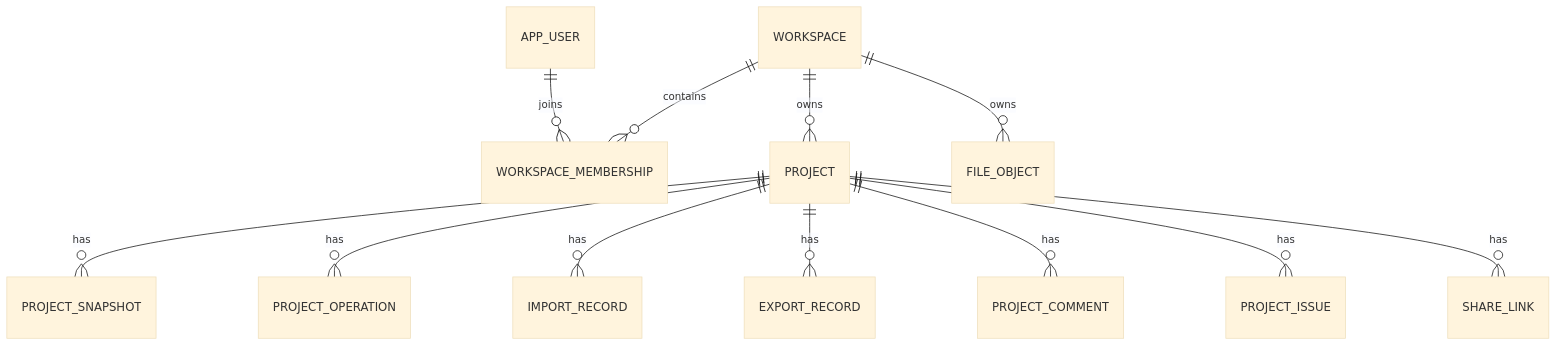
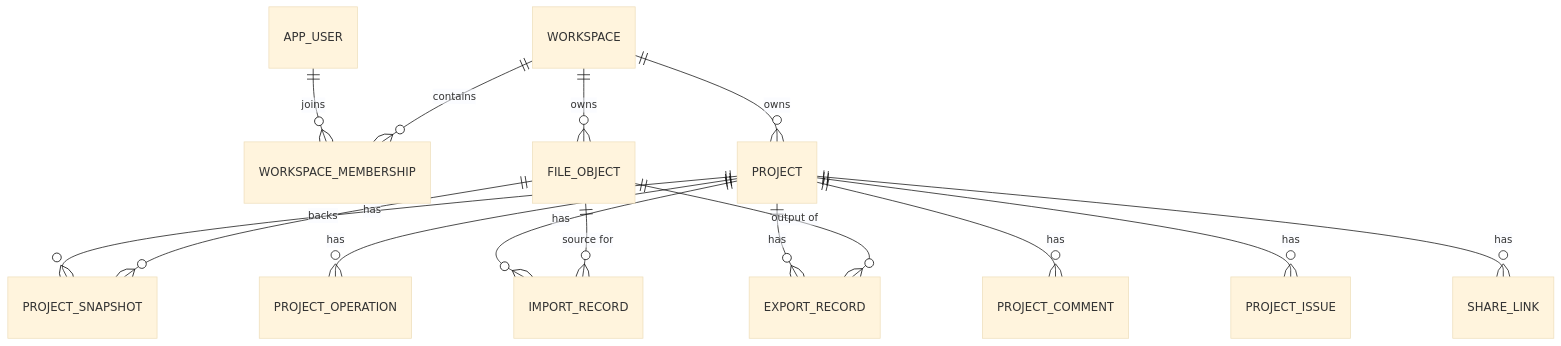
Before and after one commit to ruddvz/Arq: the diagram in database/ERD.md, drawn with Mermaid (base theme). The commit also changed 2 other files, not shown here.

First paragraph of the commit message:
ARQ-178/179/180: cross-check OpenAPI, DB schema, and TS contracts
Reviewed api/openapi.yaml, database/schema.sql, database/ERD.md, and
contracts/*.ts against each other rather than approving them as-is,
and fixed the real inconsistencies found:

````diff
--- a/database/ERD.md
+++ b/database/ERD.md
@@ -3,14 +3,17 @@
 ```mermaid
 erDiagram
  APP_USER ||--o{ WORKSPACE_MEMBERSHIP : joins
  WORKSPACE ||--o{ WORKSPACE_MEMBERSHIP : contains
  WORKSPACE ||--o{ PROJECT : owns
  PROJECT ||--o{ PROJECT_SNAPSHOT : has
  PROJECT ||--o{ PROJECT_OPERATION : has
  PROJECT ||--o{ IMPORT_RECORD : has
  PROJECT ||--o{ EXPORT_RECORD : has
  PROJECT ||--o{ PROJECT_COMMENT : has
  PROJECT ||--o{ PROJECT_ISSUE : has
  PROJECT ||--o{ SHARE_LINK : has
  WORKSPACE ||--o{ FILE_OBJECT : owns
+ FILE_OBJECT ||--o{ PROJECT_SNAPSHOT : backs
+ FILE_OBJECT ||--o{ IMPORT_RECORD : "source for"
+ FILE_OBJECT ||--o{ EXPORT_RECORD : "output of"
 ```
````
